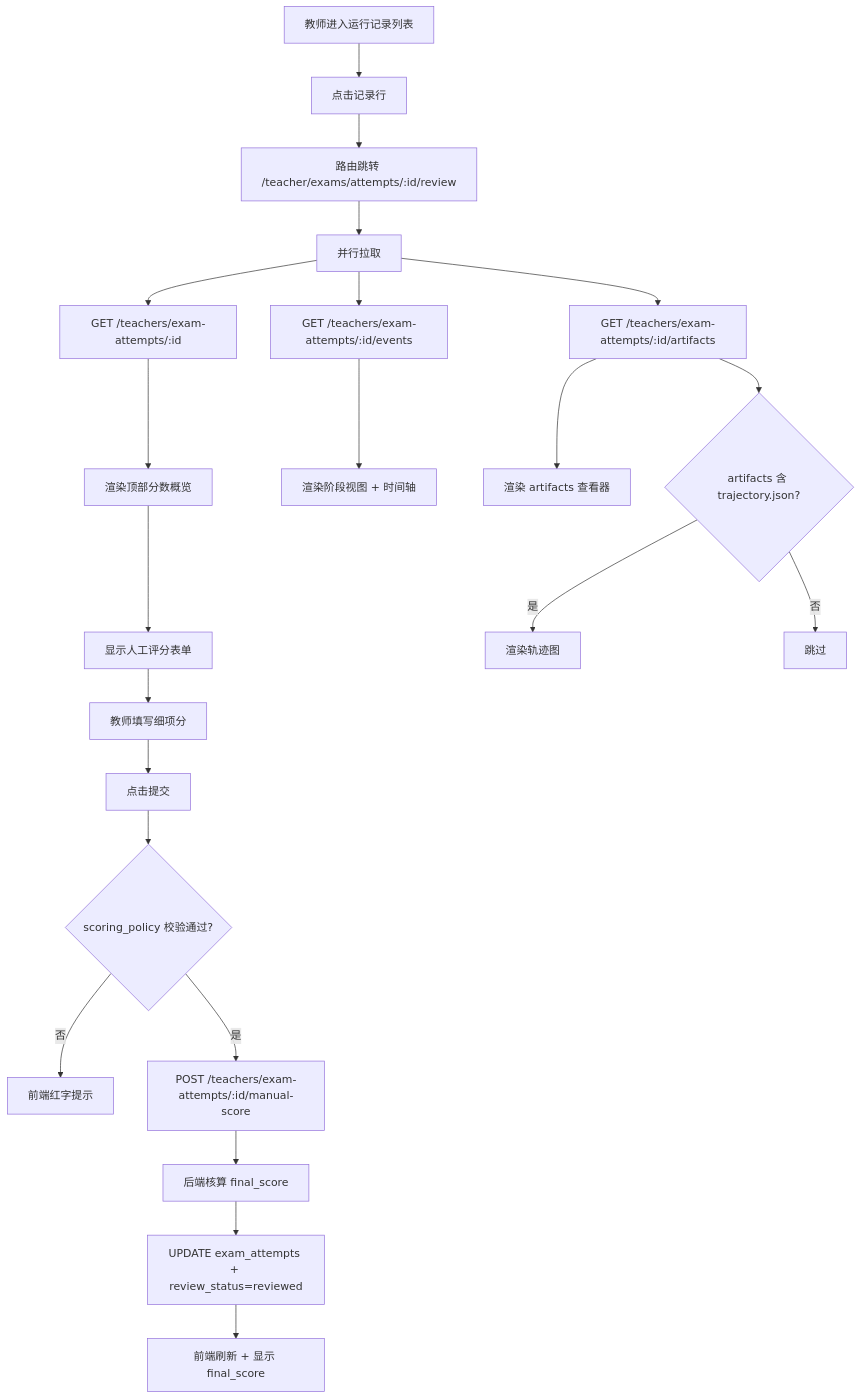
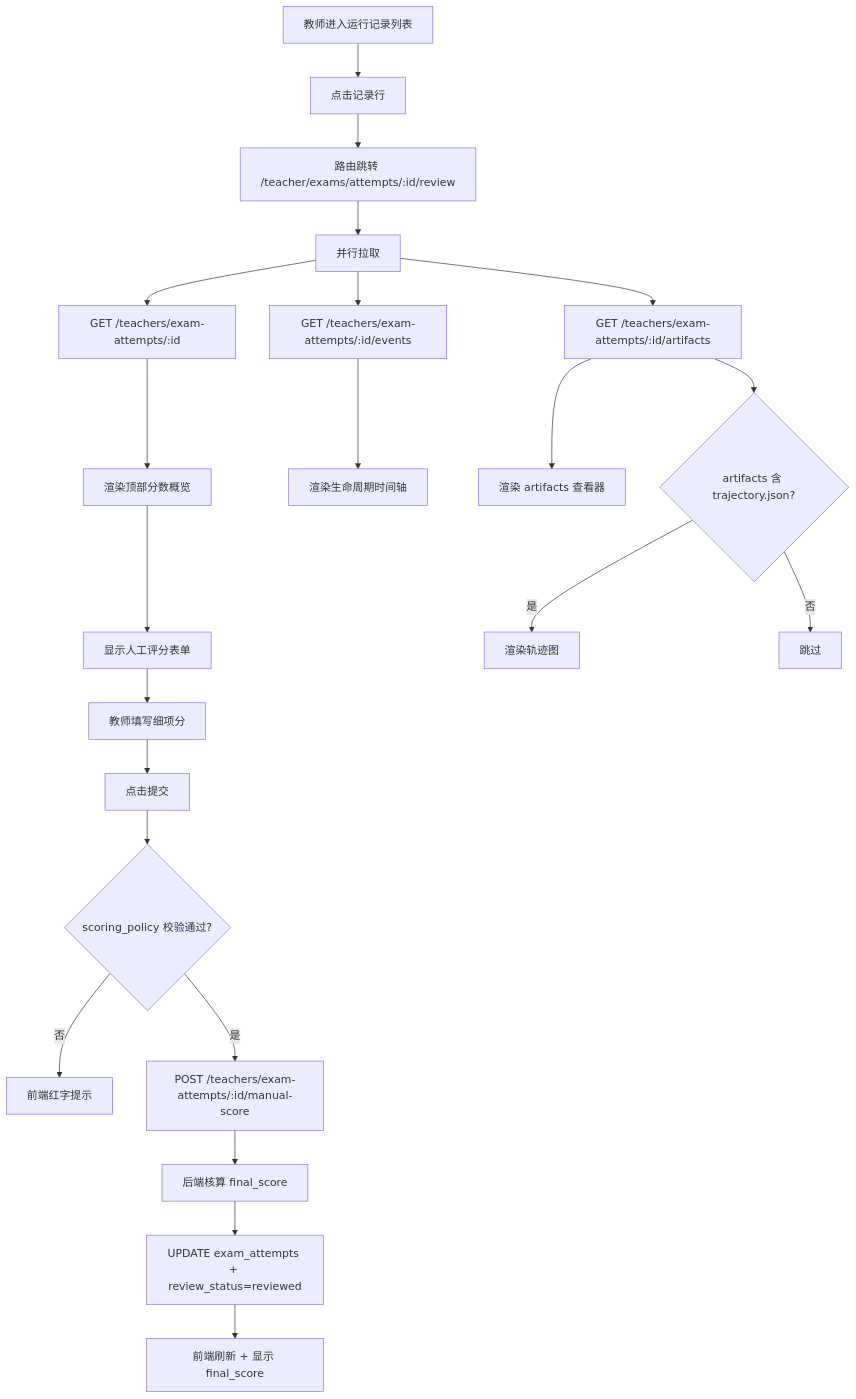
Before and after one commit to Thouder03/edubot-twin: the first of 2 diagrams in docs/11-13期/SDD-第13期：考试模式扩展、面板策略与教师复核增强.md, drawn with Mermaid. The commit also changed other lines of this file and 1 other file, not shown here.

````diff
--- a/docs/11-13期/SDD-第13期：考试模式扩展、面板策略与教师复核增强.md
+++ b/docs/11-13期/SDD-第13期：考试模式扩展、面板策略与教师复核增强.md
@@ -240,27 +118,27 @@
 ```mermaid
 flowchart TD
   A[教师进入运行记录列表] --> B[点击记录行]
   B --> C[路由跳转 /teacher/exams/attempts/:id/review]
   C --> D[并行拉取]
 
   D --> D1[GET /teachers/exam-attempts/:id]
   D --> D2[GET /teachers/exam-attempts/:id/events]
   D --> D3[GET /teachers/exam-attempts/:id/artifacts]
 
   D1 --> E[渲染顶部分数概览]
-  D2 --> F[渲染阶段视图 + 时间轴]
+  D2 --> F[渲染生命周期时间轴]
   D3 --> G[渲染 artifacts 查看器]
   D3 --> H{artifacts 含 trajectory.json?}
   H -->|是| I[渲染轨迹图]
   H -->|否| J[跳过]
 
   E --> K[显示人工评分表单]
   K --> L[教师填写细项分]
   L --> M[点击提交]
   M --> N{scoring_policy 校验通过?}
   N -->|否| O[前端红字提示]
   N -->|是| P[POST /teachers/exam-attempts/:id/manual-score]
   P --> Q[后端核算 final_score]
   Q --> R[UPDATE exam_attempts + review_status=reviewed]
   R --> S[前端刷新 + 显示 final_score]
 ```
````
